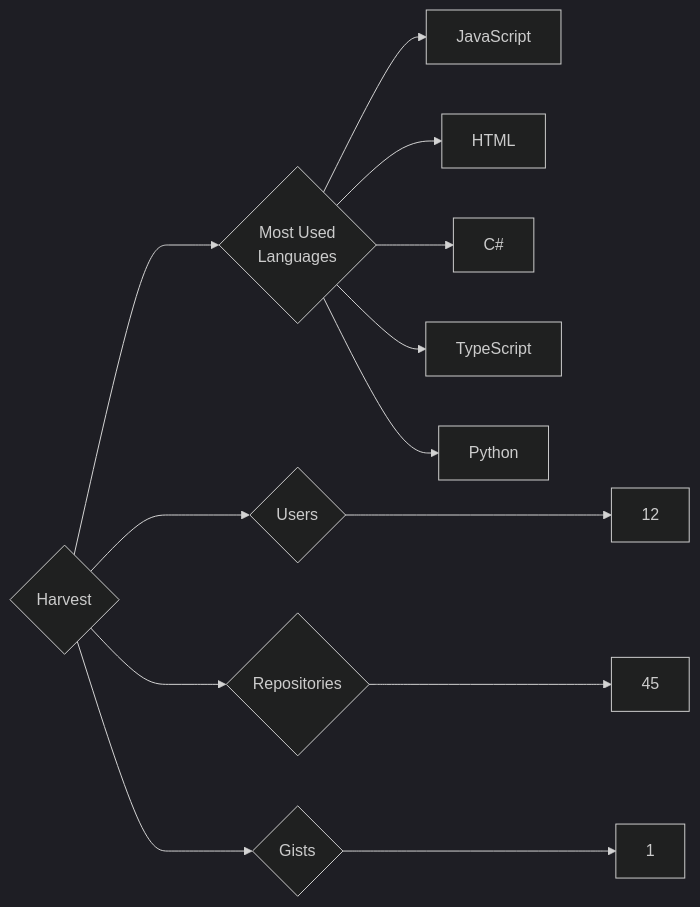
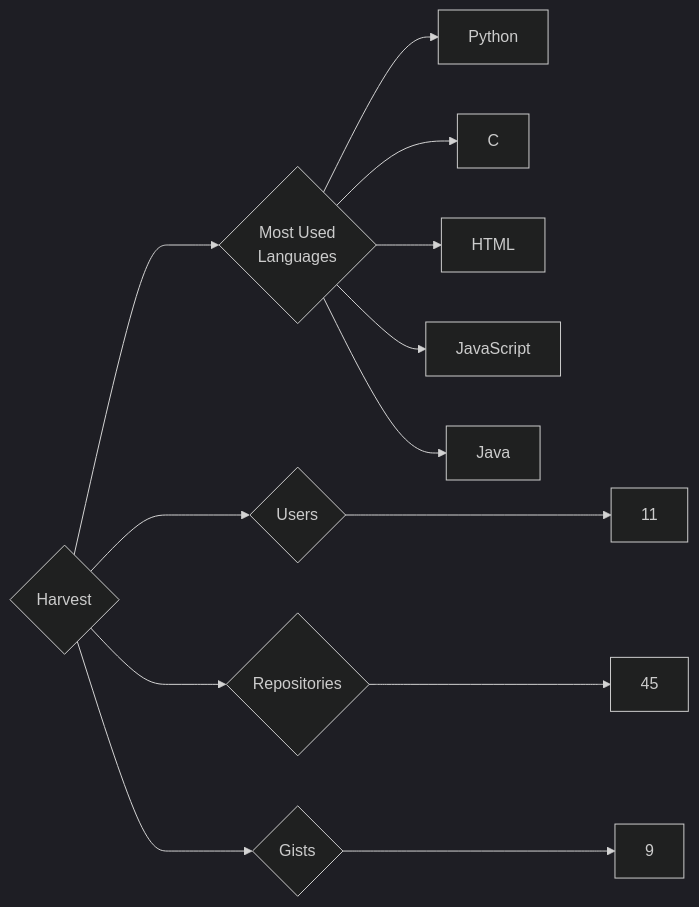
One commit to trickest/insiders changed the diagram in targets/Harvest/README.md. Above: the diagram before and after it, drawn with Mermaid (dark theme). The commit also changed 900 other files, not shown here.

````diff
--- a/targets/Harvest/README.md
+++ b/targets/Harvest/README.md
@@ -3,13 +3,13 @@
 ```mermaid
 graph LR
 COMPANY_NAME{Harvest}
-COMPANY_NAME ---> U{Users} ---> UN[12]
+COMPANY_NAME ---> U{Users} ---> UN[11]
 COMPANY_NAME ---> R{Repositories} ---> RN[45]
-COMPANY_NAME ---> G{Gists} ---> GN[1]
+COMPANY_NAME ---> G{Gists} ---> GN[9]
 COMPANY_NAME ---> ML{Most Used<br>Languages}
+ML --> Python[Python]
+ML --> C[C]
+ML --> HTML[HTML]
 ML --> JavaScript[JavaScript]
-ML --> HTML[HTML]
-ML --> C#[C#]
-ML --> TypeScript[TypeScript]
-ML --> Python[Python]
+ML --> Java[Java]
 ```
````
